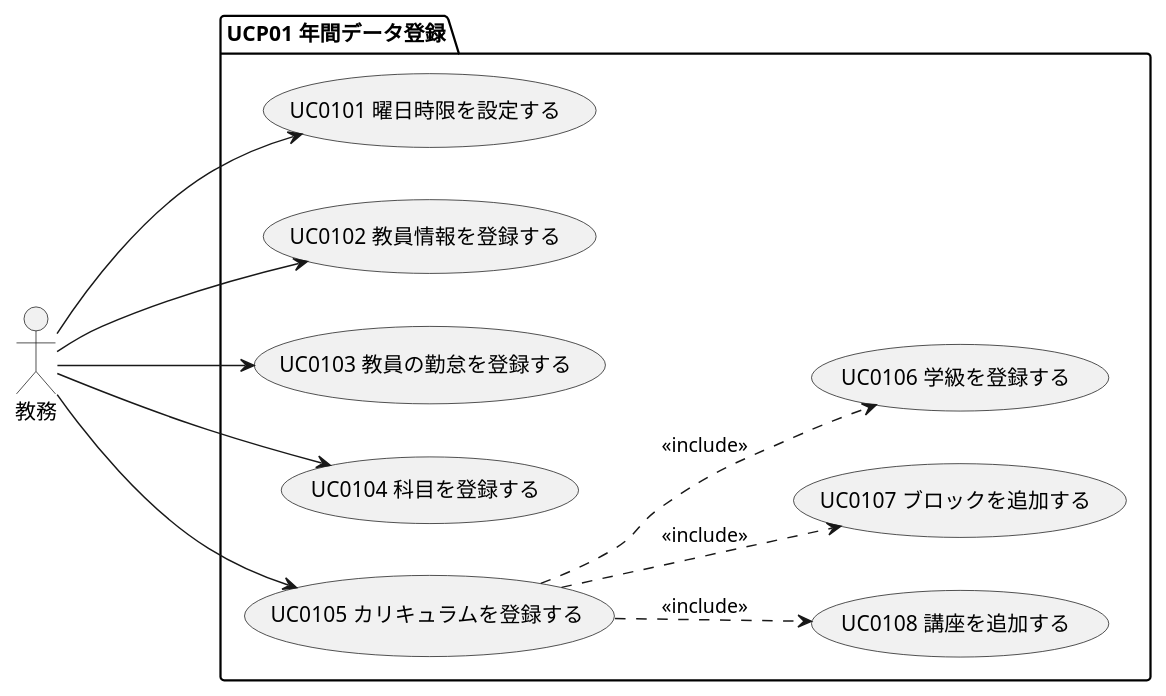
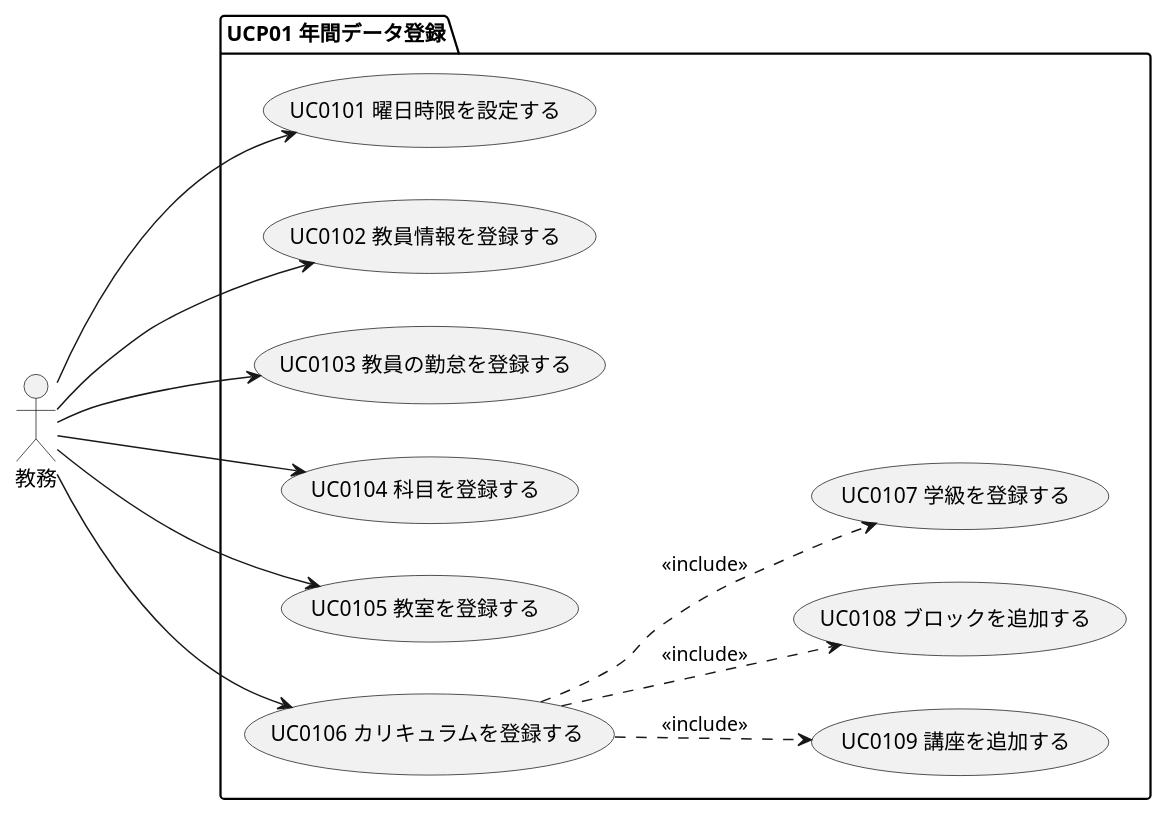
One commit to takayanag-i/working-in-progress changed the diagram in docs/03_システム要件定義/02_ユースケース図/UCP01_年間データ登録.pu. Above: the diagram before and after it, drawn with PlantUML. The commit also changed 2 other files, not shown here.

```diff
--- a/docs/03_システム要件定義/02_ユースケース図/UCP01_年間データ登録.pu
+++ b/docs/03_システム要件定義/02_ユースケース図/UCP01_年間データ登録.pu
@@ -1,16 +1,17 @@
 @startuml usecase diagram
 left to right direction
 actor 教務
 
 package "UCP01 年間データ登録" {
     教務--->(UC0101 曜日時限を設定する)
     教務--->(UC0102 教員情報を登録する)
     教務--->(UC0103 教員の勤怠を登録する)
     教務--->(UC0104 科目を登録する)
-    教務--->(UC0105 カリキュラムを登録する)
+    教務--->(UC0105 教室を登録する)
+    教務--->(UC0106 カリキュラムを登録する)
 
-    (UC0105 カリキュラムを登録する) ..> (UC0108 講座を追加する) : <<include>>
-    (UC0105 カリキュラムを登録する) ..> (UC0107 ブロックを追加する) : <<include>>
-    (UC0105 カリキュラムを登録する) ..> (UC0106 学級を登録する) : <<include>>
+    (UC0106 カリキュラムを登録する) ..> (UC0109 講座を追加する) : <<include>>
+    (UC0106 カリキュラムを登録する) ..> (UC0108 ブロックを追加する) : <<include>>
+    (UC0106 カリキュラムを登録する) ..> (UC0107 学級を登録する) : <<include>>
 }
 @enduml
```
